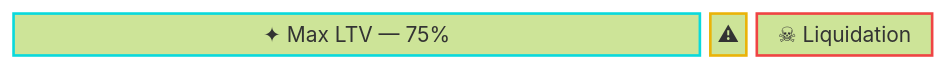
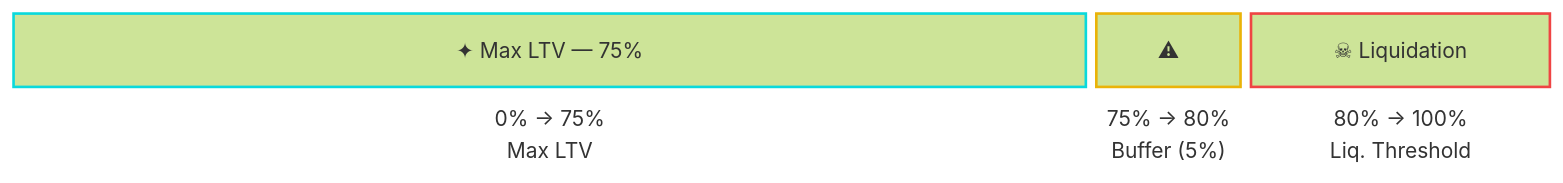
The third of 3 diagrams in fhield-docs/docs/devdocs/User Flows/Liquidation.md (PhuocNG0308/fhield), drawn with Mermaid (forest theme) before and after one commit. The commit also changed other lines of this file and 6 other files, not shown here.

````diff
--- a/fhield-docs/docs/devdocs/User Flows/Liquidation.md
+++ b/fhield-docs/docs/devdocs/User Flows/Liquidation.md
@@ -385,11 +381,17 @@
 ```mermaid
 block-beta
   columns 20
-  safe["✦ Max LTV — 75%"]:15
-  buf["⚠"]:1
+  safe["✦ Max LTV — 75%"]:14
+  buf["⚠"]:2
   liq["☠ Liquidation"]:4
+  l1["0% → 75%\nMax LTV"]:14
+  l2["75% → 80%\nBuffer (5%)"]:2
+  l3["80% → 100%\nLiq. Threshold"]:4
 
   style safe fill:rgba(10,217,220,0.12),stroke:#0AD9DC,stroke-width:2px,color:#0AD9DC
   style buf fill:rgba(234,179,8,0.2),stroke:#eab308,stroke-width:2px,color:#eab308
   style liq fill:rgba(239,68,68,0.12),stroke:#ef4444,stroke-width:2px,color:#ef4444
+  style l1 fill:transparent,stroke:none,color:#0AD9DC
+  style l2 fill:transparent,stroke:none,color:#eab308
+  style l3 fill:transparent,stroke:none,color:#ef4444
 ```
````
